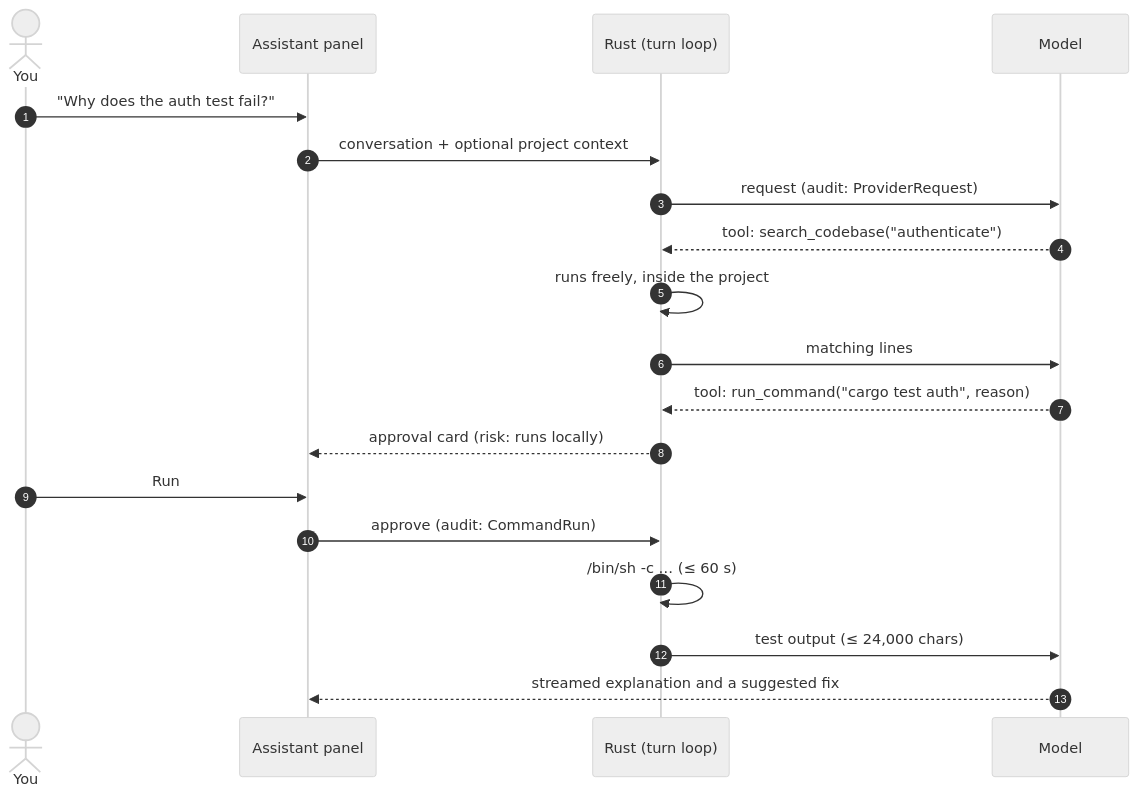
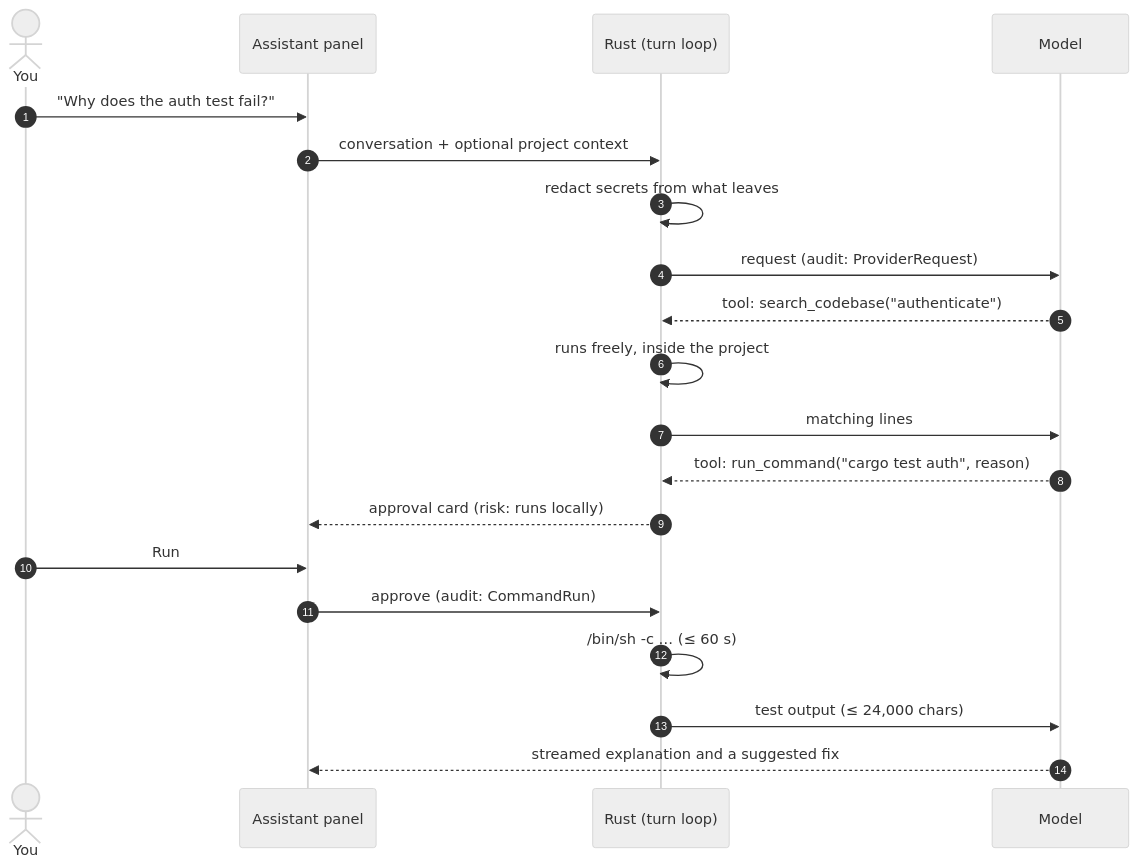
The third of 3 diagrams in docs/assistant-and-approvals.md (kartikeyajay2006/jky-terminal), drawn with Mermaid (neutral theme) before and after one commit. The commit also changed other lines of this file and 22 other files, not shown here.

First line of the commit message:
feat(ai): secrets never leave for a provider, and you can see what does

````diff
--- a/docs/assistant-and-approvals.md
+++ b/docs/assistant-and-approvals.md
@@ -199,21 +199,22 @@
 ```mermaid
 sequenceDiagram
     autonumber
     actor You
     participant UI as Assistant panel
     participant R as Rust (turn loop)
     participant M as Model
     You->>UI: "Why does the auth test fail?"
     UI->>R: conversation + optional project context
+    R->>R: redact secrets from what leaves
     R->>M: request (audit: ProviderRequest)
     M-->>R: tool: search_codebase("authenticate")
     R->>R: runs freely, inside the project
     R->>M: matching lines
     M-->>R: tool: run_command("cargo test auth", reason)
     R-->>UI: approval card (risk: runs locally)
     You->>UI: Run
     UI->>R: approve (audit: CommandRun)
     R->>R: /bin/sh -c … (≤ 60 s)
     R->>M: test output (≤ 24,000 chars)
     M-->>UI: streamed explanation and a suggested fix
 ```
````
